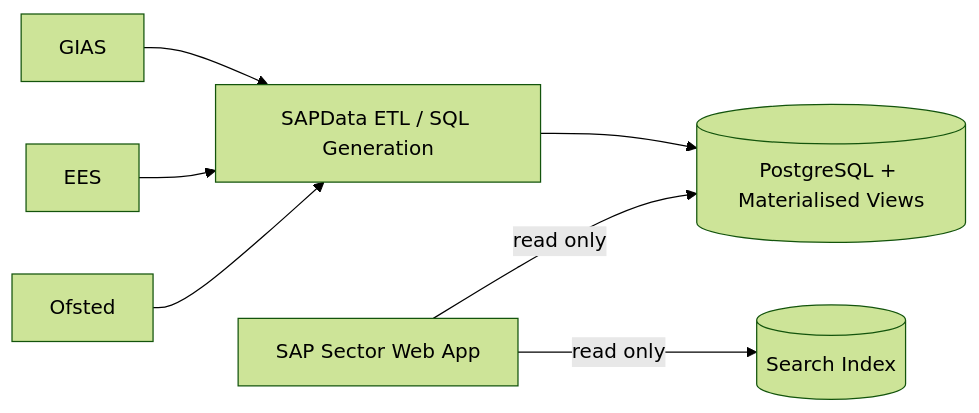
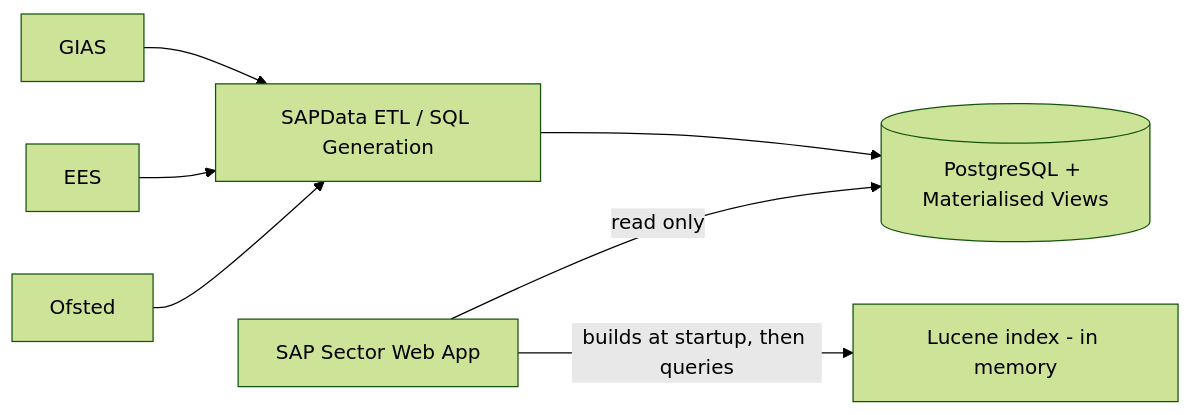
One commit to DFE-Digital/sap-sector changed the third of 3 diagrams in docs/architecture/high-level-design.md. Above: the diagram before and after it, drawn with Mermaid (forest theme). The commit also changed other lines of this file and 4 other files, not shown here.

````diff
--- a/docs/architecture/high-level-design.md
+++ b/docs/architecture/high-level-design.md
@@ -401,22 +421,22 @@
 ```mermaid
 flowchart LR
     gias[GIAS]
     perf[EES]    
     ofsted[Ofsted]
     
 
     pipeline[SAPData ETL / SQL Generation]
     pg[(PostgreSQL + Materialised Views)]
-    search[(Search Index)]
+    search[Lucene index - in memory]
     web[SAP Sector Web App]
 
     gias --> pipeline
     perf --> pipeline
     ofsted --> pipeline
     
 
     pipeline --> pg
 
     web -->|read only| pg
-    web -->|read only| search
+    web -->|builds at startup, then queries| search
 ```
````
